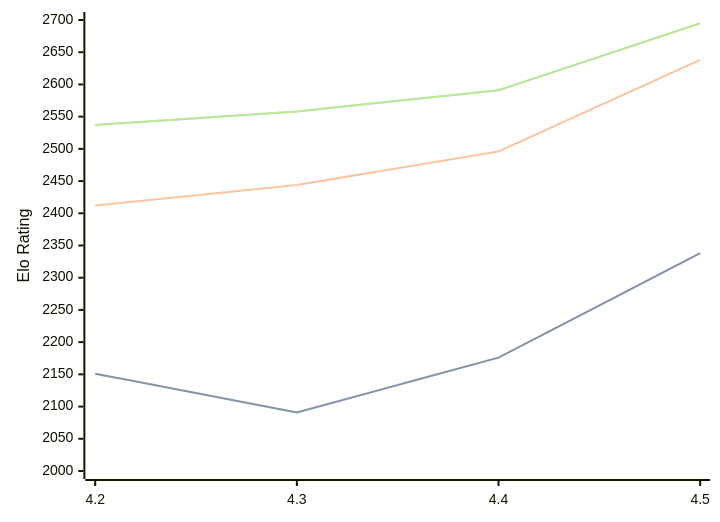
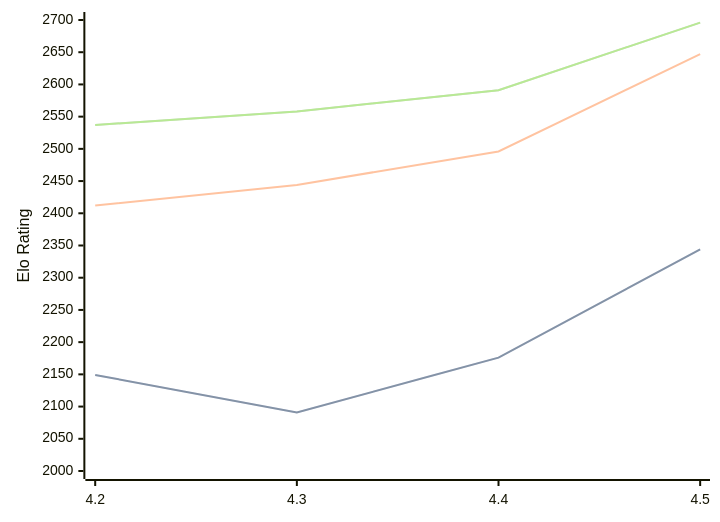
The first of 3 diagrams in engines/Eubos.md (computer-chess-index/cci), drawn with Mermaid before and after one commit. The commit also changed other lines of this file, not shown here.

Commit message:
Update CCI Ratings (ELO VLTC) - 2026-06-19

````diff
--- a/engines/Eubos.md
+++ b/engines/Eubos.md
@@ -90,11 +90,11 @@
 ```mermaid
 %%{init: {"theme":"base","themeVariables":{"seriesColors:['#a3a3a3','#222221','#faa371']}}}%%
 xychart-beta
   x-axis ["4.2", "4.3", "4.4", "4.5"]
   y-axis "Elo Rating" 2000 --> 2700
-  line "STC (8.0+0.08s)" [2151, 2091, 2176, 2338]
-  line "STC (8.0+0.08s)" [2151, 2091, 2176, 2338]
-  line "LTC (60.0+0.60s)" [2412, 2444, 2496, 2638]
-  line "VLTC (2m24s+1.12s)" [2537, 2558, 2591, 2695]
-  line "VLTC (2m24s+1.12s)" [2537, 2558, 2591, 2695]
+  line "STC (8.0+0.08s)" [2149, 2091, 2176, 2344]
+  line "STC (8.0+0.08s)" [2149, 2091, 2176, 2344]
+  line "LTC (60.0+0.60s)" [2412, 2444, 2496, 2647]
+  line "VLTC (2m24s+1.12s)" [2537, 2558, 2591, 2696]
+  line "VLTC (2m24s+1.12s)" [2537, 2558, 2591, 2696]
 ```
````
